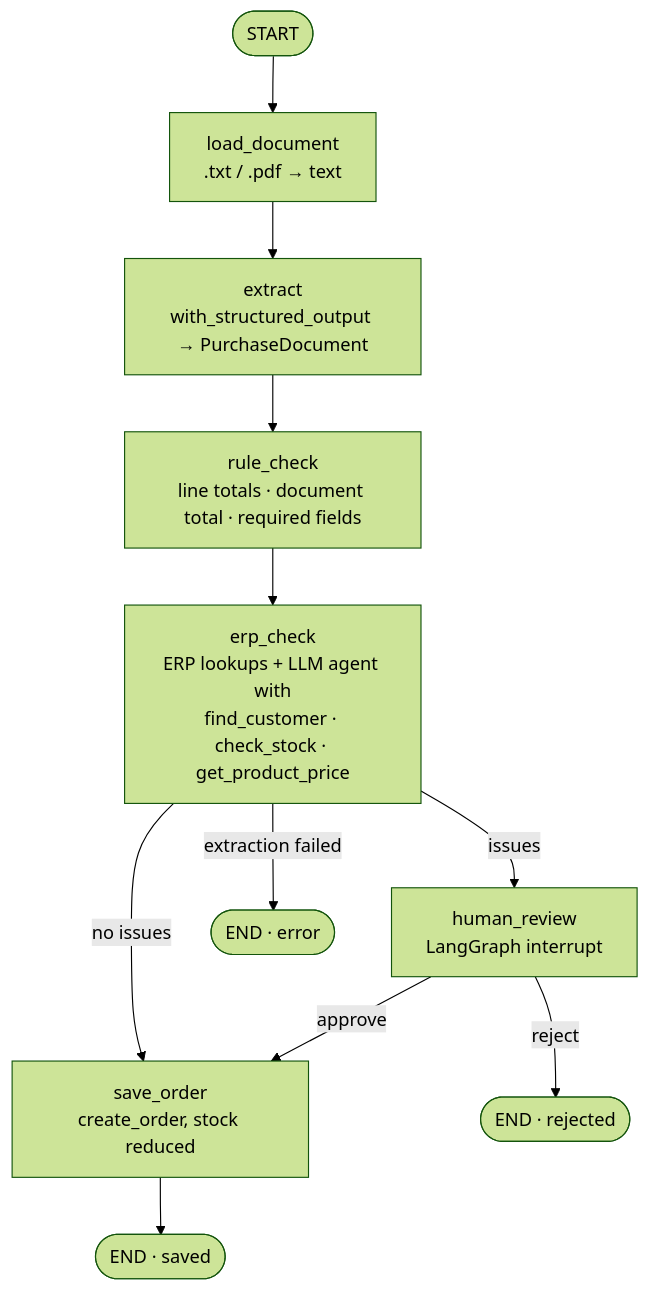
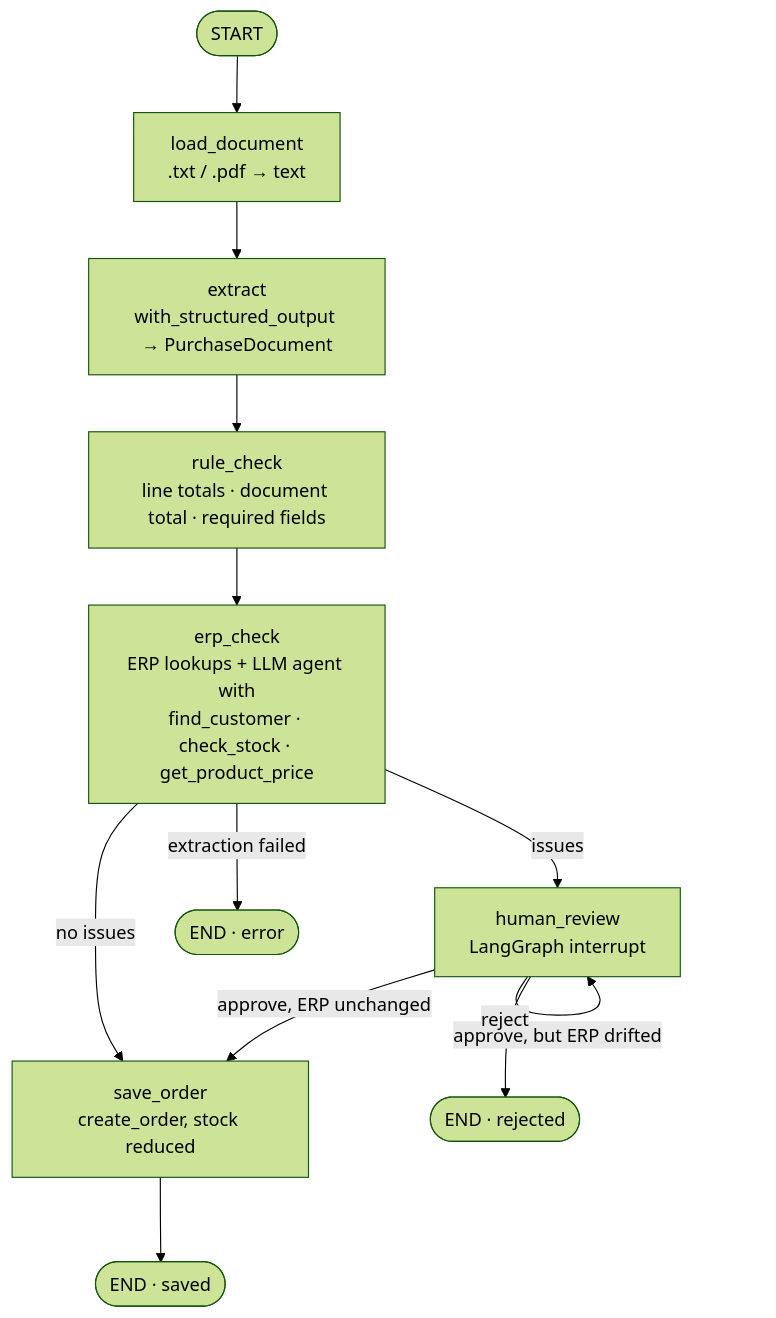
Before and after one commit to lakkadumang06/ERP_Agent: the first of 2 diagrams in README.md, drawn with Mermaid (forest theme). The commit also changed other lines of this file and 5 other files, not shown here.

````diff
--- a/README.md
+++ b/README.md
@@ -81,13 +82,14 @@
 ```mermaid
 flowchart TD
     S([START]) --> A[load_document<br/>.txt / .pdf → text]
     A --> B[extract<br/>with_structured_output → PurchaseDocument]
     B --> C[rule_check<br/>line totals · document total · required fields]
     C --> D[erp_check<br/>ERP lookups + LLM agent with<br/>find_customer · check_stock · get_product_price]
     D -->|no issues| F[save_order<br/>create_order, stock reduced]
     D -->|issues| E[human_review<br/>LangGraph interrupt]
     D -->|extraction failed| X([END · error])
-    E -->|approve| F
+    E -->|approve, ERP unchanged| F
+    E -->|approve, but ERP drifted| E
     E -->|reject| Y([END · rejected])
     F --> Z([END · saved])
 ```
````
